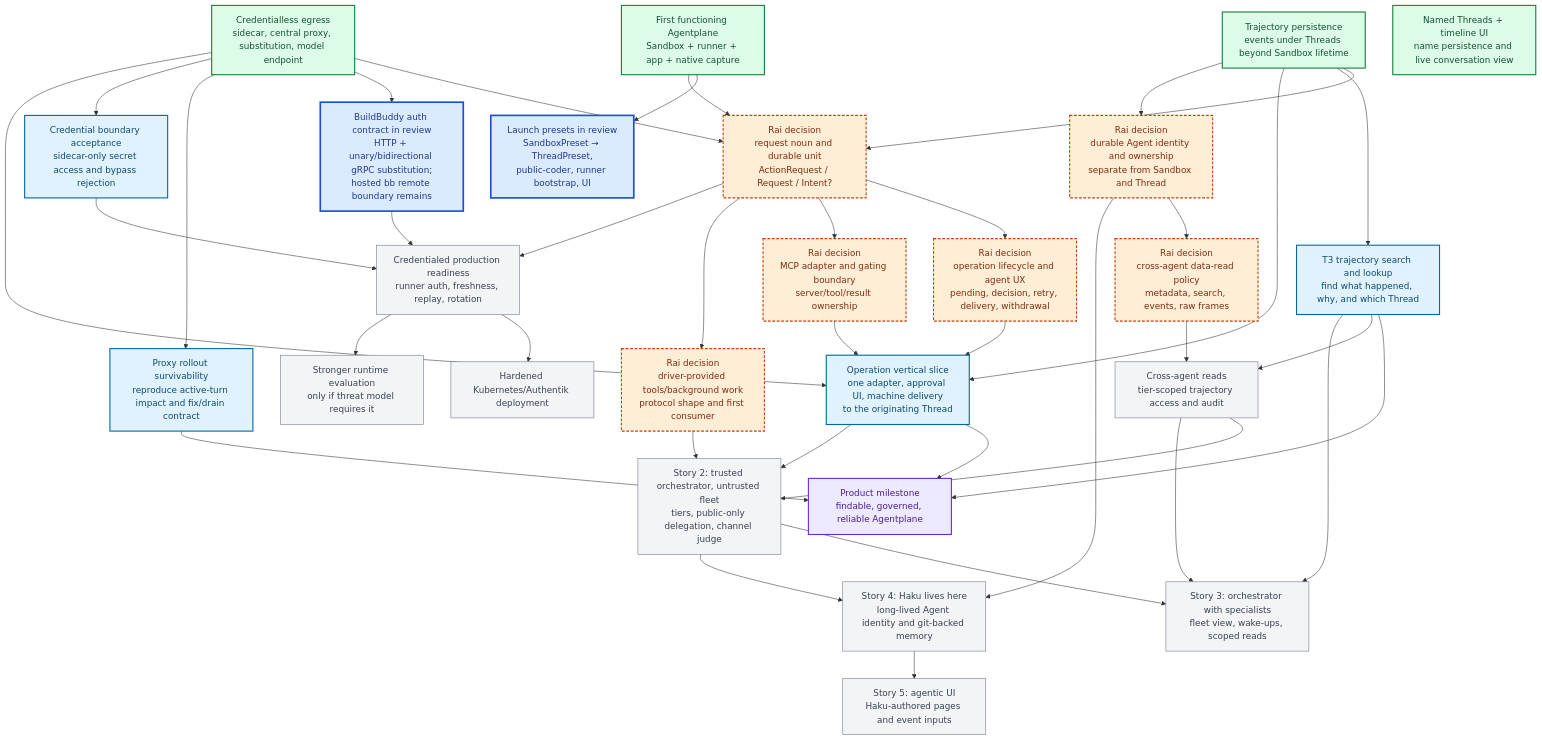
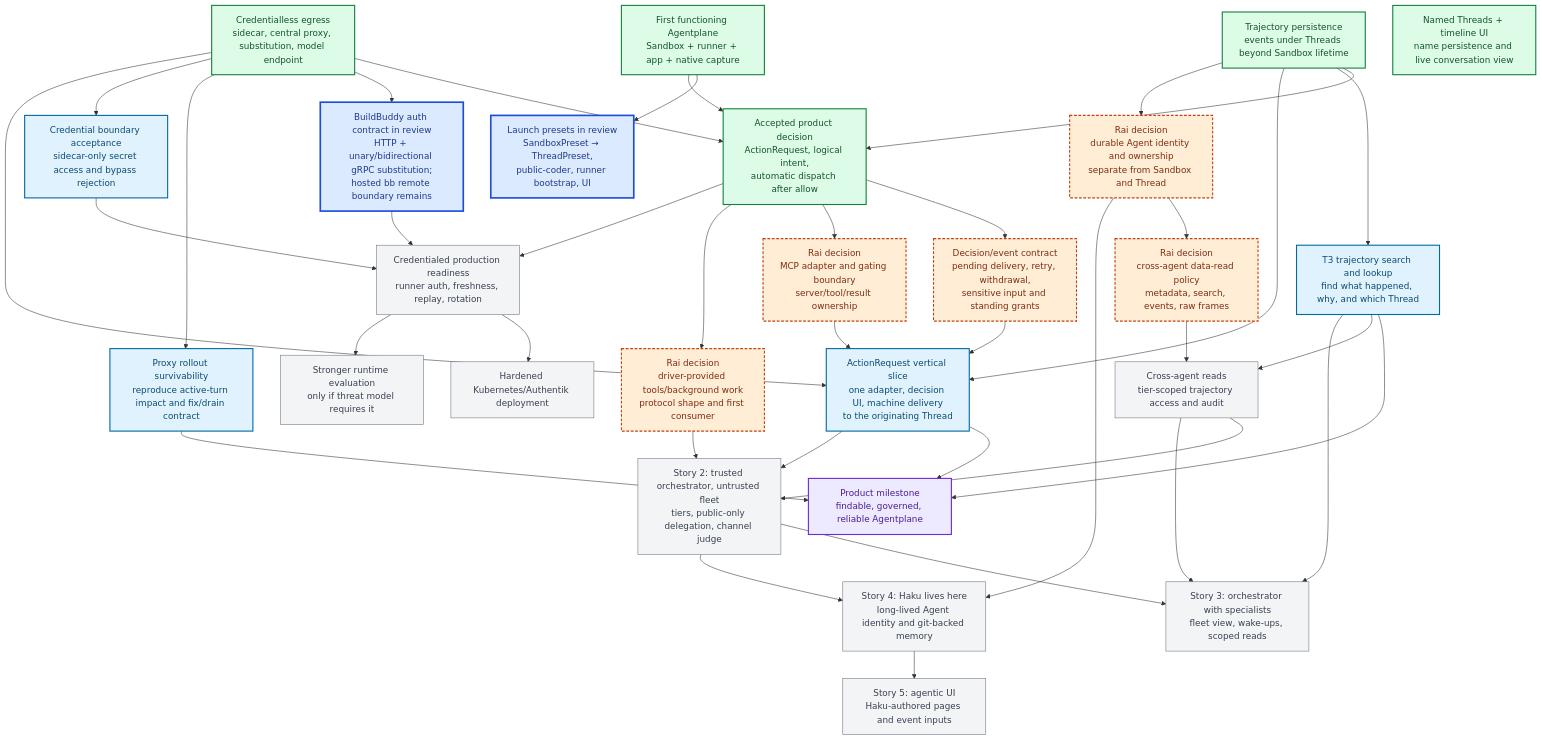
The diagram in x/agentplane/plans/task_dag.md (agentydragon-agent/ducktape), drawn with Mermaid before and after one commit. The commit also changed other lines of this file and 1 other file, not shown here.

Commit message:
docs(agentplane): record ActionRequest v0 decisions

````diff
--- a/x/agentplane/plans/task_dag.md
+++ b/x/agentplane/plans/task_dag.md
@@ -51,77 +51,77 @@
 ```mermaid
 flowchart TB
     classDef completed fill:#dcfce7,stroke:#15803d,color:#14532d,stroke-width:2px
     classDef active fill:#dbeafe,stroke:#1d4ed8,color:#1e3a8a,stroke-width:3px
     classDef ready fill:#e0f2fe,stroke:#0369a1,color:#0c4a6e,stroke-width:2px
     classDef milestone fill:#ede9fe,stroke:#6d28d9,color:#4c1d95,stroke-width:2px
     classDef decision fill:#ffedd5,stroke:#c2410c,color:#7c2d12,stroke-width:2px,stroke-dasharray:5 3
     classDef future fill:#f3f4f6,stroke:#6b7280,color:#374151
 
     F0["First functioning Agentplane<br/>Sandbox + runner + app + native capture"]:::completed
     J["Credentialless egress<br/>sidecar, central proxy, substitution, model endpoint"]:::completed
     T1["Trajectory persistence<br/>events under Threads beyond Sandbox lifetime"]:::completed
     T2["Named Threads + timeline UI<br/>name persistence and live conversation view"]:::completed
 
     LP["Launch presets in review<br/>SandboxPreset → ThreadPreset,<br/>public-coder, runner bootstrap, UI"]:::active
     BB["BuildBuddy auth contract in review<br/>HTTP + unary/bidirectional gRPC substitution;<br/>hosted bb remote boundary remains"]:::active
 
-    OPD["Rai decision<br/>request noun and durable unit<br/>ActionRequest / Request / Intent?"]:::decision
-    OPS["Rai decision<br/>operation lifecycle and agent UX<br/>pending, decision, retry, delivery, withdrawal"]:::decision
+    OPD["Accepted product decision<br/>ActionRequest, logical intent,<br/>automatic dispatch after allow"]:::completed
+    OPS["Decision/event contract<br/>pending delivery, retry, withdrawal,<br/>sensitive input and standing grants"]:::decision
     MCPD["Rai decision<br/>MCP adapter and gating boundary<br/>server/tool/result ownership"]:::decision
-    OPI["Operation vertical slice<br/>one adapter, approval UI, machine delivery<br/>to the originating Thread"]:::ready
+    OPI["ActionRequest vertical slice<br/>one adapter, decision UI, machine delivery<br/>to the originating Thread"]:::ready
 
     T3["T3 trajectory search and lookup<br/>find what happened, why, and which Thread"]:::ready
     PR["Proxy rollout survivability<br/>reproduce active-turn impact and fix/drain contract"]:::ready
     SEC["Credential boundary acceptance<br/>sidecar-only secret access and bypass rejection"]:::ready
 
     AGD["Rai decision<br/>durable Agent identity and ownership<br/>separate from Sandbox and Thread"]:::decision
     DATAD["Rai decision<br/>cross-agent data-read policy<br/>metadata, search, events, raw frames"]:::decision
     XREAD["Cross-agent reads<br/>tier-scoped trajectory access and audit"]:::future
 
     DT["Rai decision<br/>driver-provided tools/background work<br/>protocol shape and first consumer"]:::decision
     N["Story 2: trusted orchestrator, untrusted fleet<br/>tiers, public-only delegation, channel judge"]:::future
     O["Story 3: orchestrator with specialists<br/>fleet view, wake-ups, scoped reads"]:::future
     HK["Story 4: Haku lives here<br/>long-lived Agent identity and git-backed memory"]:::future
     UI["Story 5: agentic UI<br/>Haku-authored pages and event inputs"]:::future
     L["Credentialed production readiness<br/>runner auth, freshness, replay, rotation"]:::future
     V["Stronger runtime evaluation<br/>only if threat model requires it"]:::future
     W["Hardened Kubernetes/Authentik deployment"]:::future
     F["Product milestone<br/>findable, governed, reliable Agentplane"]:::milestone
 
     F0 --> LP
     F0 --> OPD
     J --> OPD
     J --> BB
     T1 --> OPD
     T1 --> T3
     J --> PR
     J --> SEC
     OPD --> OPS
     OPD --> MCPD
     OPS --> OPI
     MCPD --> OPI
     J --> OPI
     T1 --> OPI
     T3 --> F
     OPI --> F
     PR --> F
     SEC --> L
     BB --> L
     OPD --> DT
     T1 --> AGD
     AGD --> DATAD
     T3 --> XREAD
     DATAD --> XREAD
     OPI --> N
     XREAD --> N
     DT --> N
     N --> O
     XREAD --> O
     T3 --> O
     N --> HK
     AGD --> HK
     HK --> UI
     L --> W
     OPD --> L
     L --> V
 ```
````
